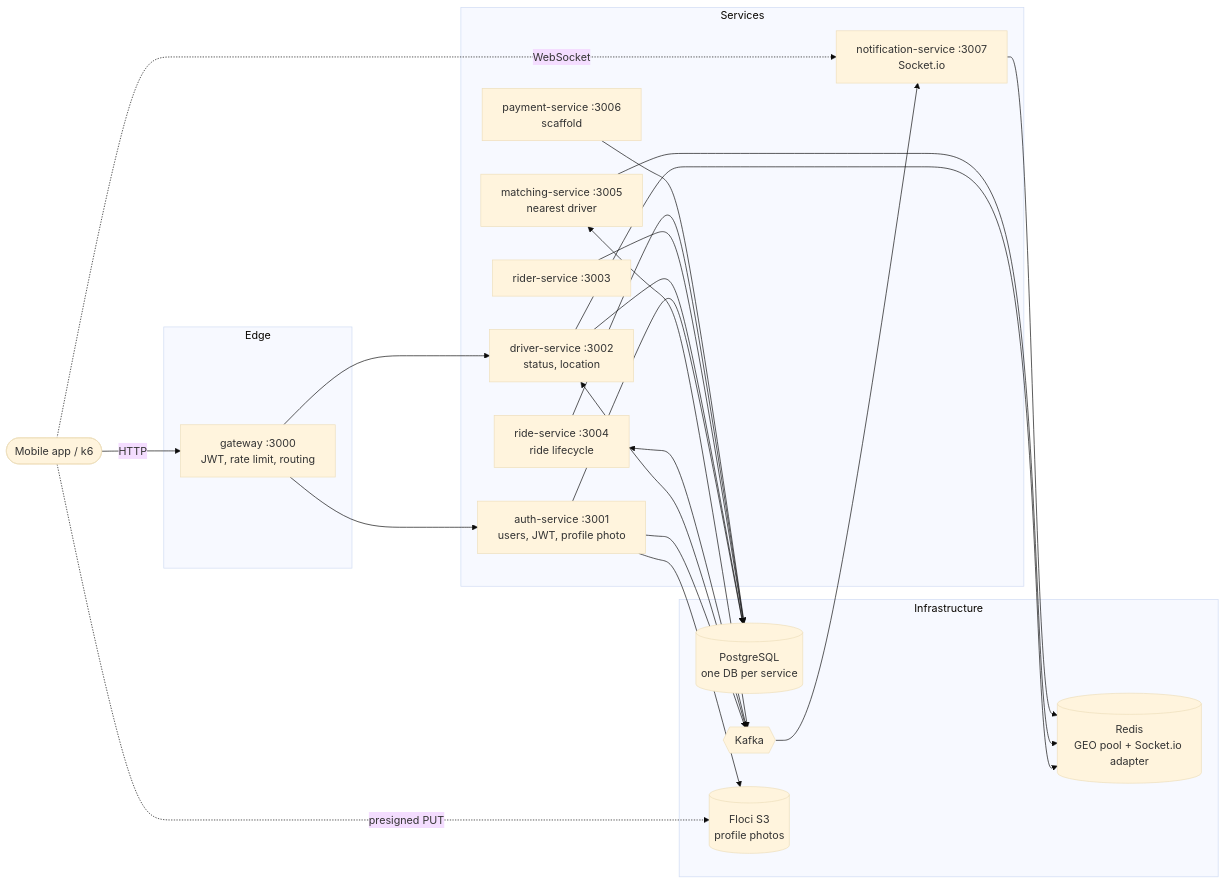
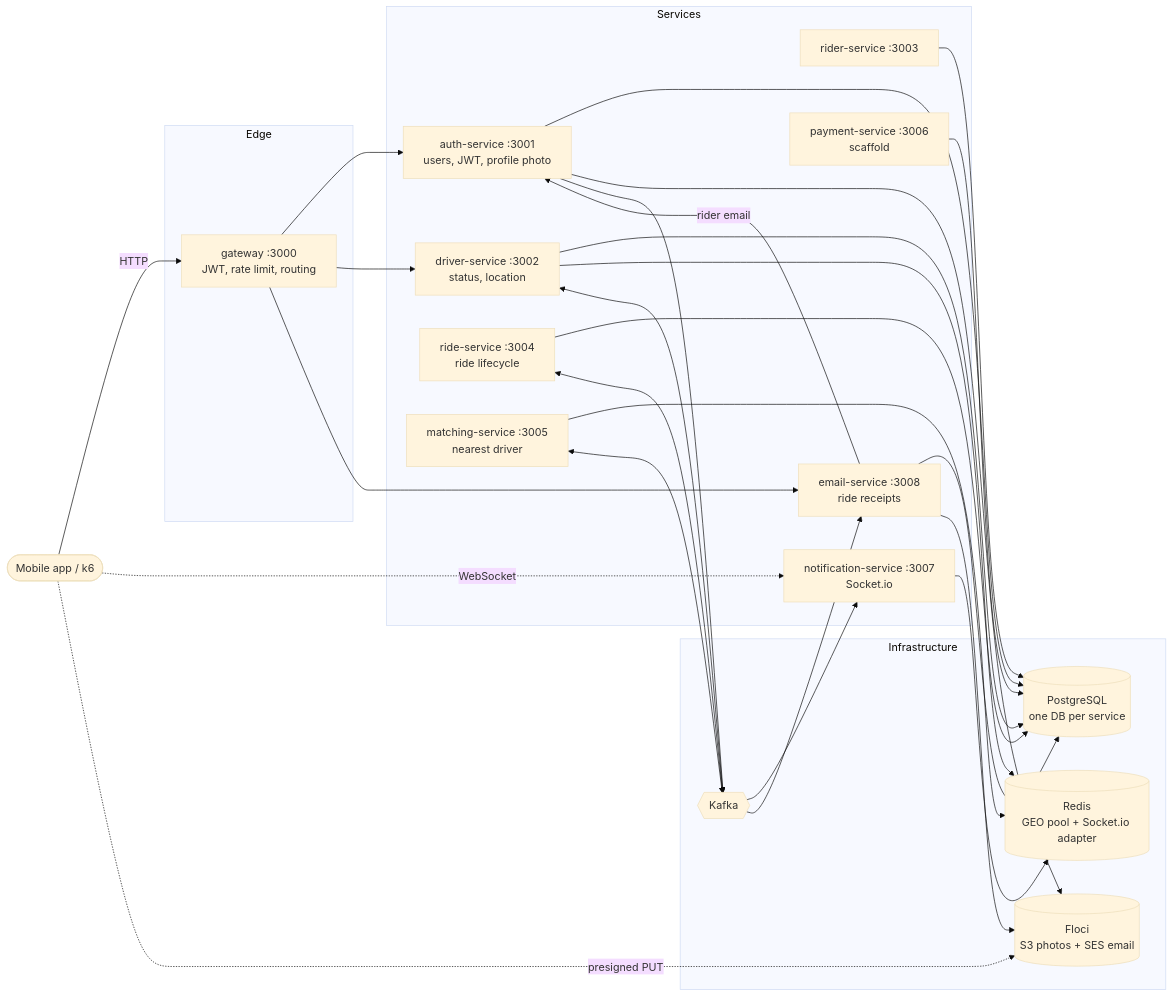
Before and after one commit to FrankDev-327/fake-drivers: the first of 6 diagrams in README.md, drawn with Mermaid (base theme). The commit also changed other lines of this file and 100 other files, not shown here.

Commit message:
added email service, k6 test and boot fixes

````diff
--- a/README.md
+++ b/README.md
@@ -9,49 +9,55 @@
 ```mermaid
 flowchart LR
     client([Mobile app / k6])
 
     subgraph edge[Edge]
         gateway[gateway :3000<br/>JWT, rate limit, routing]
     end
 
     subgraph services[Services]
         auth[auth-service :3001<br/>users, JWT, profile photo]
         driver[driver-service :3002<br/>status, location]
         rider[rider-service :3003]
         ride[ride-service :3004<br/>ride lifecycle]
         matching[matching-service :3005<br/>nearest driver]
         notification[notification-service :3007<br/>Socket.io]
         payment[payment-service :3006<br/>scaffold]
+        email[email-service :3008<br/>ride receipts]
     end
 
     subgraph infra[Infrastructure]
         pg[(PostgreSQL<br/>one DB per service)]
         redis[(Redis<br/>GEO pool + Socket.io adapter)]
         kafka{{Kafka}}
-        floci[(Floci S3<br/>profile photos)]
+        floci[(Floci<br/>S3 photos + SES email)]
     end
 
     client -->|HTTP| gateway
     client -.->|WebSocket| notification
     client -.->|presigned PUT| floci
 
     gateway --> auth
     gateway --> driver
+    gateway --> email
 
     auth --> pg
     auth --> floci
     driver --> pg
     rider --> pg
     ride --> pg
     payment --> pg
+    email --> pg
+    email --> floci
+    email -->|rider email| auth
 
     driver --> redis
     matching --> redis
     notification --> redis
 
     auth --> kafka
     driver <--> kafka
     ride <--> kafka
     matching <--> kafka
     kafka --> notification
+    kafka --> email
 ```
````
